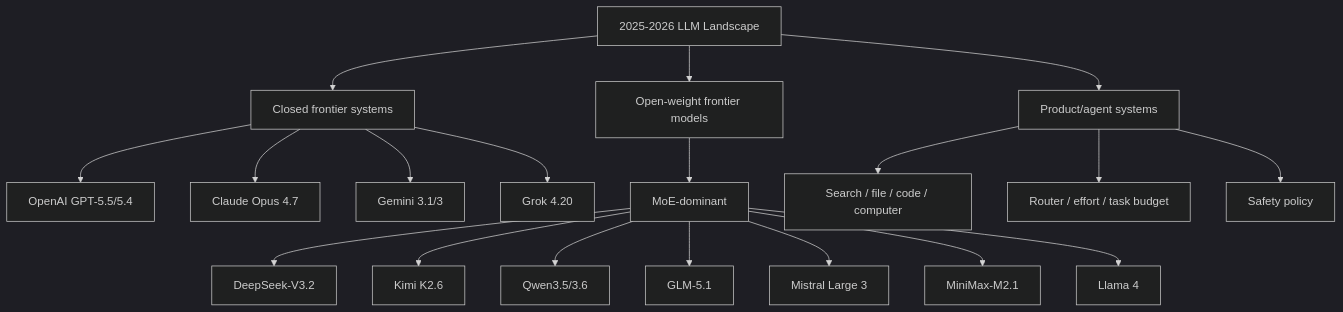
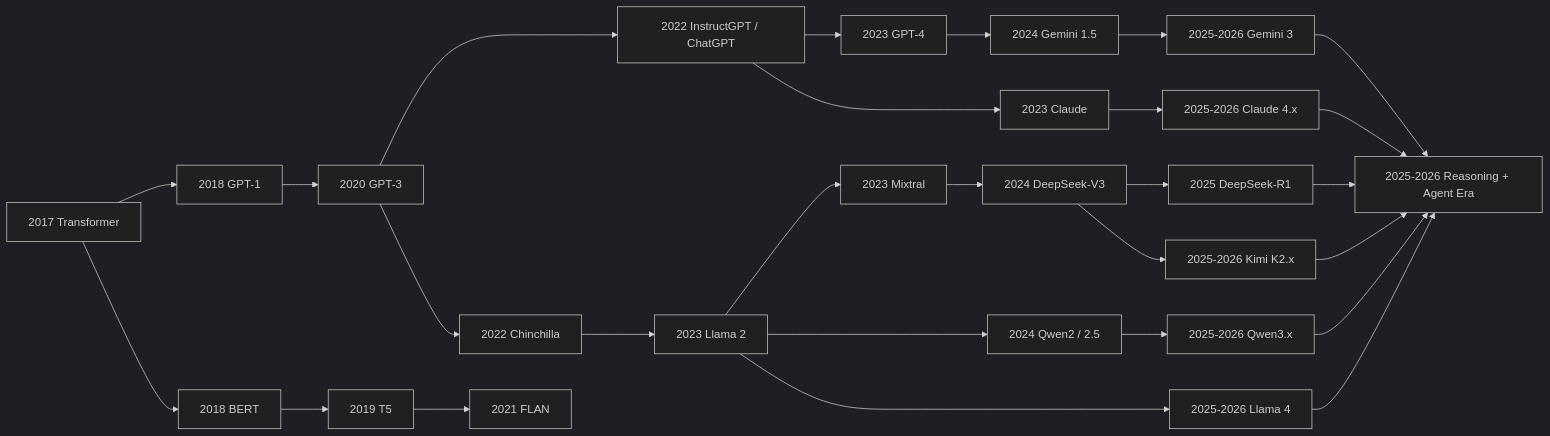
The diagram in diagrams/llm_taxonomy.mmd (Jiahui-Meng/2017-2026-LLM-History), drawn with Mermaid (dark theme) before and after one commit. The commit also changed other lines of this file and 44 other files, not shown here.

```diff
--- a/diagrams/llm_taxonomy.mmd
+++ b/diagrams/llm_taxonomy.mmd
@@ -1,20 +1,27 @@
-flowchart TD
-  LLM[2025-2026 LLM Landscape]
-  LLM --> Closed[Closed frontier systems]
-  LLM --> Open[Open-weight frontier models]
-  LLM --> Product[Product/agent systems]
-  Closed --> OAI[OpenAI GPT-5.5/5.4]
-  Closed --> Claude[Claude Opus 4.7]
-  Closed --> Gemini[Gemini 3.1/3]
-  Closed --> Grok[Grok 4.20]
-  Open --> MoE[MoE-dominant]
-  MoE --> DeepSeek[DeepSeek-V3.2]
-  MoE --> Kimi[Kimi K2.6]
-  MoE --> Qwen[Qwen3.5/3.6]
-  MoE --> GLM[GLM-5.1]
-  MoE --> Mistral[Mistral Large 3]
-  MoE --> MiniMax[MiniMax-M2.1]
-  MoE --> Llama[Llama 4]
-  Product --> Tools[Search / file / code / computer]
-  Product --> Router[Router / effort / task budget]
-  Product --> Safety[Safety policy]
+flowchart LR
+  A[2017 Transformer] --> B[2018 GPT-1]
+  A --> C[2018 BERT]
+  B --> D[2020 GPT-3]
+  C --> E[2019 T5]
+  E --> F[2021 FLAN]
+  D --> G[2022 InstructGPT / ChatGPT]
+  D --> H[2022 Chinchilla]
+  G --> I[2023 GPT-4]
+  G --> J[2023 Claude]
+  H --> K[2023 Llama 2]
+  K --> L[2023 Mixtral]
+  I --> M[2024 Gemini 1.5]
+  K --> N[2024 Qwen2 / 2.5]
+  L --> O[2024 DeepSeek-V3]
+  O --> P[2025 DeepSeek-R1]
+  J --> Q[2025-2026 Claude 4.x]
+  N --> R[2025-2026 Qwen3.x]
+  M --> S[2025-2026 Gemini 3]
+  K --> T[2025-2026 Llama 4]
+  O --> U[2025-2026 Kimi K2.x]
+  P --> V[2025-2026 Reasoning + Agent Era]
+  Q --> V
+  R --> V
+  S --> V
+  T --> V
+  U --> V
```
